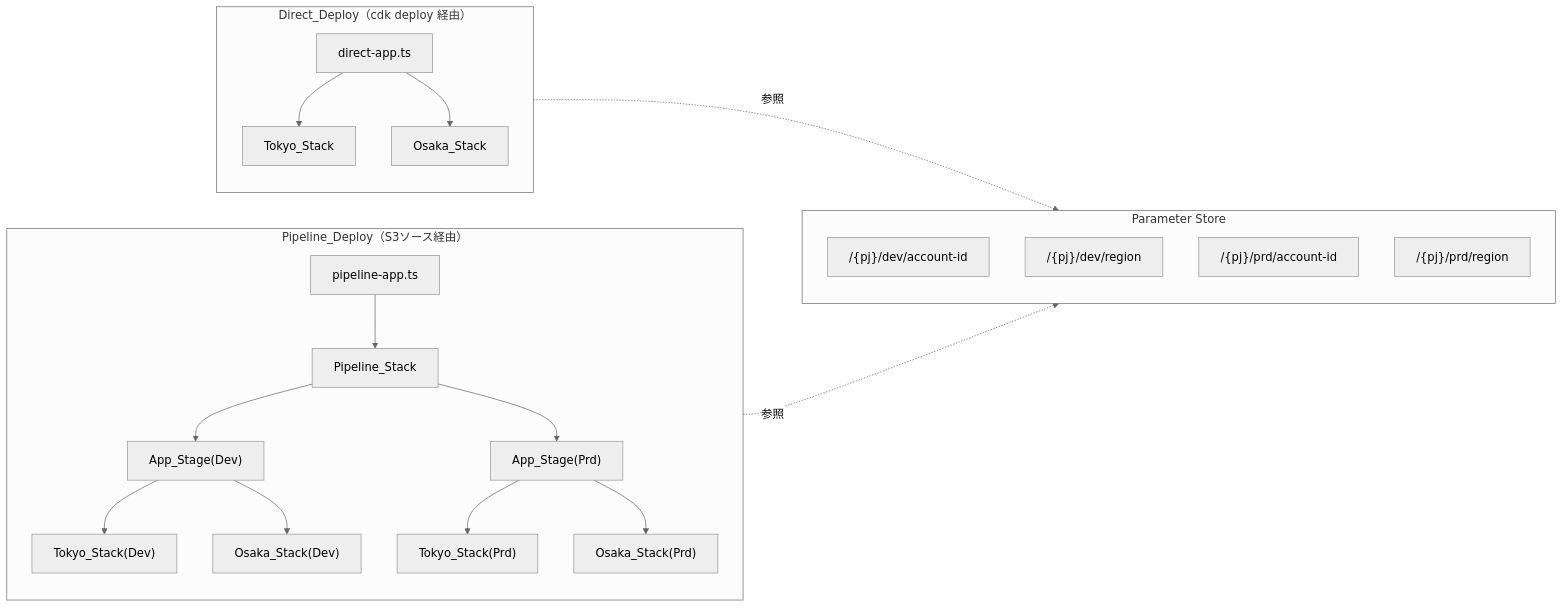
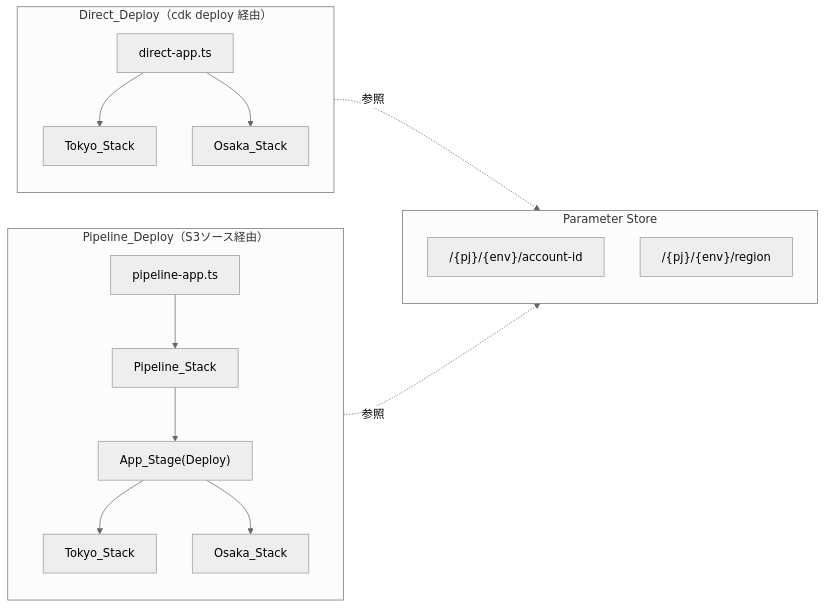
Before and after one commit to m-kotaro/cdk-pipeline-002: the second of 3 diagrams in .kiro/specs/cdk-pipeline-sample/design.md, drawn with Mermaid (neutral theme). The commit also changed other lines of this file and 6 other files, not shown here.

````diff
--- a/.kiro/specs/cdk-pipeline-sample/design.md
+++ b/.kiro/specs/cdk-pipeline-sample/design.md
@@ -61,42 +48,34 @@
 ```mermaid
 graph LR
     subgraph Pipeline_Deploy["Pipeline_Deploy（S3ソース経由）"]
         direction TB
         PA1["pipeline-app.ts"]
         PS["Pipeline_Stack"]
-        AS1["App_Stage(Dev)"]
-        AS2["App_Stage(Prd)"]
-        TK1["Tokyo_Stack(Dev)"]
-        OS1["Osaka_Stack(Dev)"]
-        TK2["Tokyo_Stack(Prd)"]
-        OS2["Osaka_Stack(Prd)"]
+        AS1["App_Stage(Deploy)"]
+        TK1["Tokyo_Stack"]
+        OS1["Osaka_Stack"]
 
         PA1 --> PS
         PS --> AS1
-        PS --> AS2
         AS1 --> TK1
         AS1 --> OS1
-        AS2 --> TK2
-        AS2 --> OS2
     end
 
     subgraph Direct_Deploy["Direct_Deploy（cdk deploy 経由）"]
         direction TB
         DA["direct-app.ts"]
-        TK3["Tokyo_Stack"]
-        OS3["Osaka_Stack"]
+        TK2["Tokyo_Stack"]
+        OS2["Osaka_Stack"]
 
-        DA --> TK3
-        DA --> OS3
+        DA --> TK2
+        DA --> OS2
     end
 
     subgraph SSM["Parameter Store"]
-        P1["/{pj}/dev/account-id"]
-        P2["/{pj}/dev/region"]
-        P3["/{pj}/prd/account-id"]
-        P4["/{pj}/prd/region"]
+        P1["/{pj}/{env}/account-id"]
+        P2["/{pj}/{env}/region"]
     end
 
     PS -.->|"参照"| SSM
     DA -.->|"参照"| SSM
 ```
````
